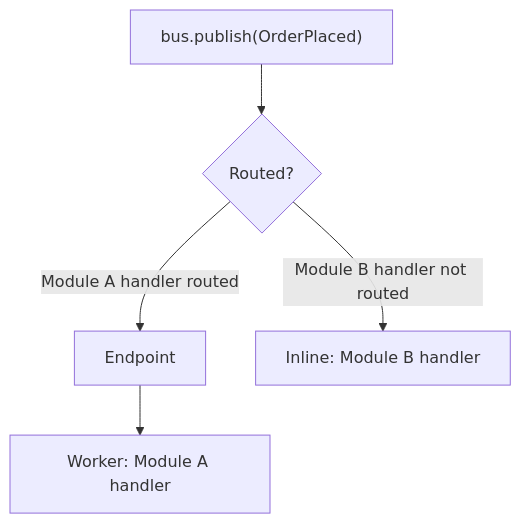
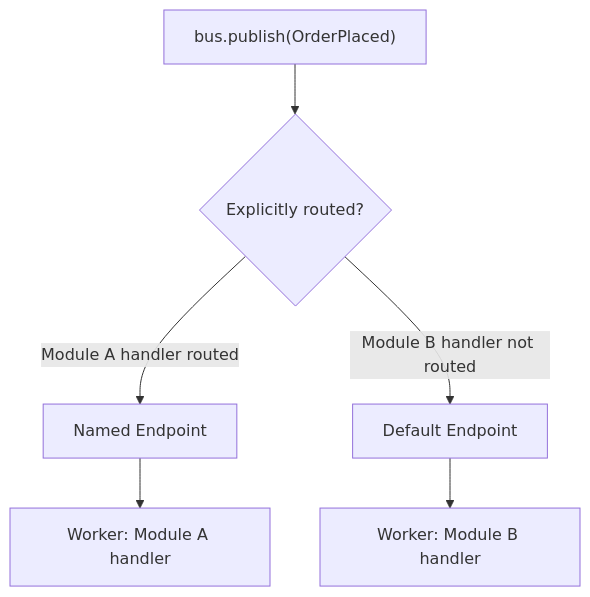
Before and after one commit to waku-py/waku: the second of 2 diagrams in docs/features/messaging/routing.md, drawn with Mermaid. The commit also changed other lines of this file and 70 other files, not shown here.

````diff
--- a/docs/features/messaging/routing.md
+++ b/docs/features/messaging/routing.md
@@ -125,7 +128,8 @@
 ```mermaid
 graph TD
-    Publish["bus.publish(OrderPlaced)"] --> Check{Routed?}
-    Check -->|Module A handler routed| EP[Endpoint]
+    Publish["bus.publish(OrderPlaced)"] --> Check{Explicitly routed?}
+    Check -->|Module A handler routed| EP[Named Endpoint]
     EP --> WorkerA[Worker: Module A handler]
-    Check -->|Module B handler not routed| InlineB[Inline: Module B handler]
+    Check -->|Module B handler not routed| Default[Default Endpoint]
+    Default --> WorkerB[Worker: Module B handler]
 ```
````
